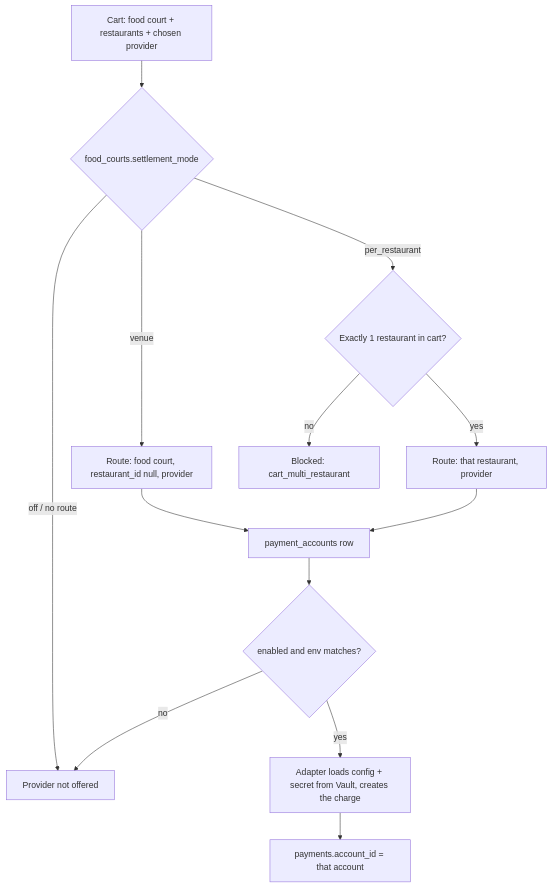
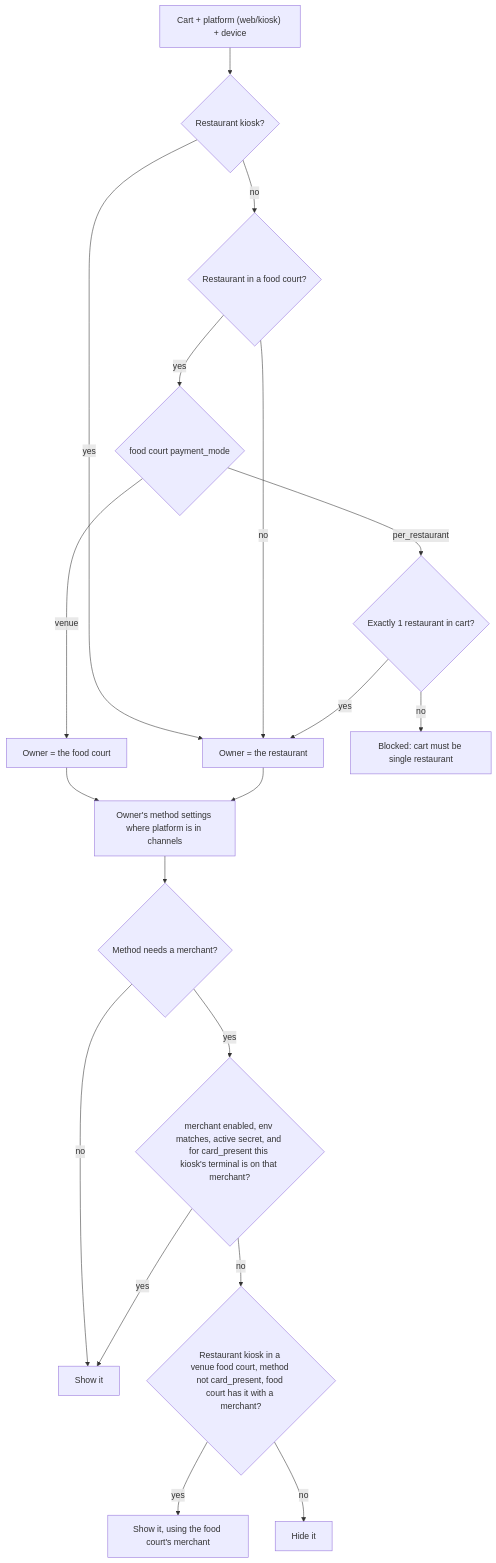
One commit to estoeskiki/kiki-app changed the first of 3 diagrams in plans/payments-architecture.md. Above: the diagram before and after it, drawn with Mermaid. The commit also changed other lines of this file and 1 other file, not shown here.

First line of the commit message:
docs: payments architecture rev 4 and test matrix

````diff
--- a/plans/payments-architecture.md
+++ b/plans/payments-architecture.md
@@ -98,15 +156,21 @@
 ```mermaid
 flowchart TD
-    A[Cart: food court + restaurants + chosen provider] --> B{food_courts.settlement_mode}
-    B -- off / no route --> X[Provider not offered]
-    B -- venue --> C[Route: food court, restaurant_id null, provider]
-    B -- per_restaurant --> D{Exactly 1 restaurant in cart?}
-    D -- no --> Y[Blocked: cart_multi_restaurant]
-    D -- yes --> E[Route: that restaurant, provider]
-    C --> F[payment_accounts row]
-    E --> F
-    F --> G{enabled and env matches?}
-    G -- no --> X
-    G -- yes --> H[Adapter loads config + secret from Vault, creates the charge]
-    H --> I[payments.account_id = that account]
+    A["Cart + platform (web/kiosk) + device"] --> K{Restaurant kiosk?}
+    K -- yes --> R
+    K -- no --> B{Restaurant in a food court?}
+    B -- no --> R[Owner = the restaurant]
+    B -- yes --> M{food court payment_mode}
+    M -- venue --> V[Owner = the food court]
+    M -- per_restaurant --> S{Exactly 1 restaurant in cart?}
+    S -- no --> X[Blocked: cart must be single restaurant]
+    S -- yes --> R
+    V --> L[Owner's method settings where platform is in channels]
+    R --> L
+    L --> P{Method needs a merchant?}
+    P -- no --> OK[Show it]
+    P -- yes --> G{"merchant enabled, env matches, active secret, and for card_present this kiosk's terminal is on that merchant?"}
+    G -- yes --> OK
+    G -- no --> F{"Restaurant kiosk in a venue food court, method not card_present, food court has it with a merchant?"}
+    F -- yes --> OK2[Show it, using the food court's merchant]
+    F -- no --> H[Hide it]
 ```
````
